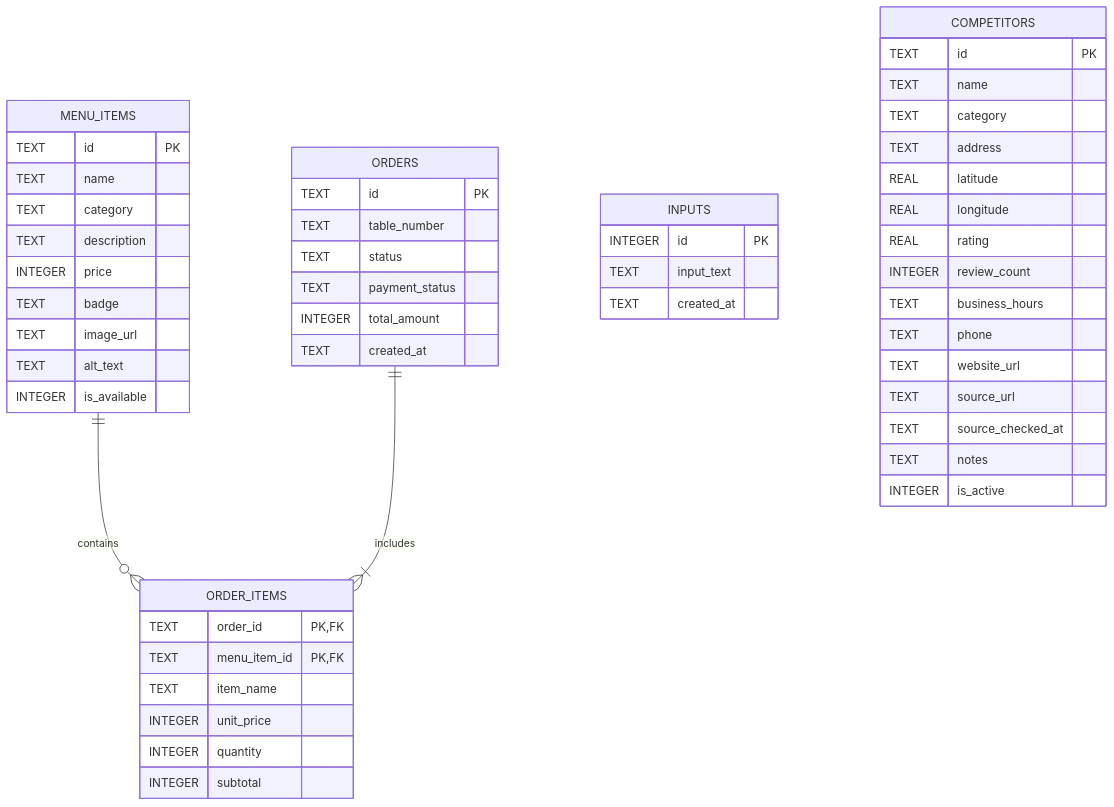
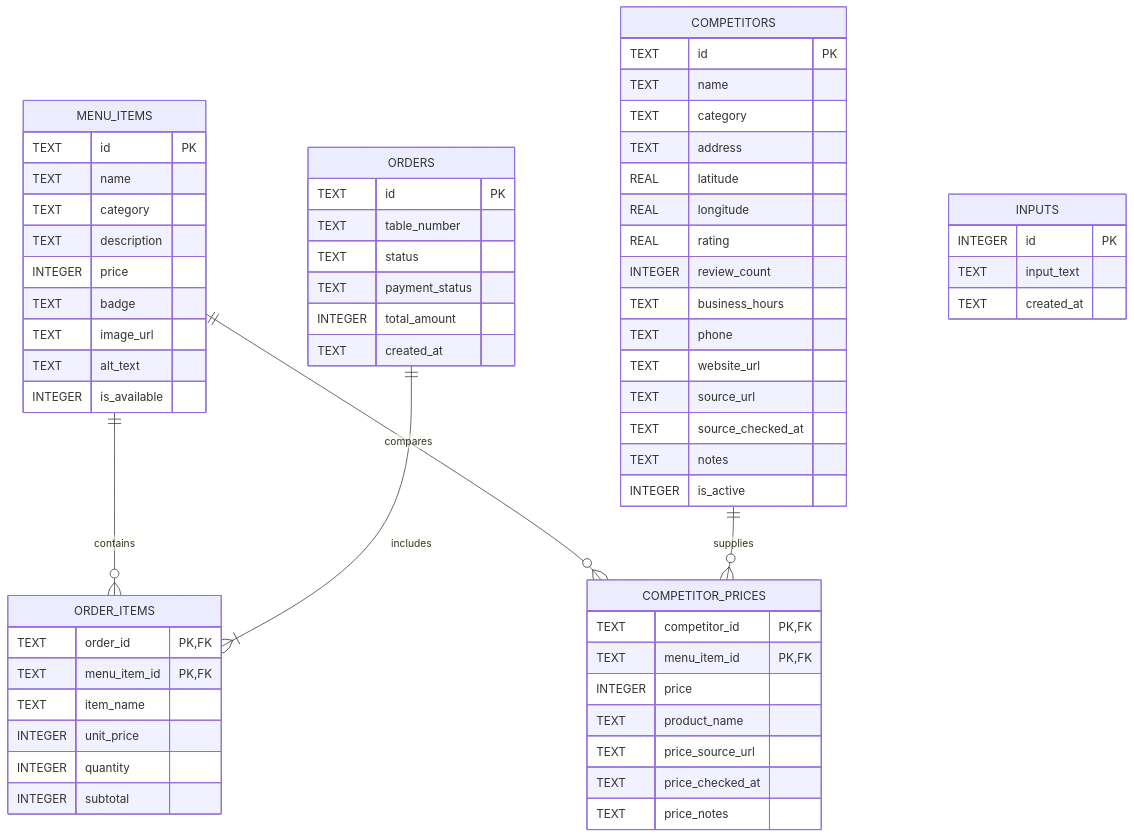
The diagram in spec/database-erd.mmd (final0618/POS2), drawn with Mermaid before and after one commit. The commit also changed 26 other files, not shown here.

```diff
--- a/spec/database-erd.mmd
+++ b/spec/database-erd.mmd
@@ -1,57 +1,68 @@
 erDiagram
     MENU_ITEMS ||--o{ ORDER_ITEMS : contains
     ORDERS ||--|{ ORDER_ITEMS : includes
+    MENU_ITEMS ||--o{ COMPETITOR_PRICES : compares
+    COMPETITORS ||--o{ COMPETITOR_PRICES : supplies
 
     MENU_ITEMS {
         TEXT id PK
         TEXT name
         TEXT category
         TEXT description
         INTEGER price
         TEXT badge
         TEXT image_url
         TEXT alt_text
         INTEGER is_available
     }
 
     ORDERS {
         TEXT id PK
         TEXT table_number
         TEXT status
         TEXT payment_status
         INTEGER total_amount
         TEXT created_at
     }
 
     ORDER_ITEMS {
         TEXT order_id PK, FK
         TEXT menu_item_id PK, FK
         TEXT item_name
         INTEGER unit_price
         INTEGER quantity
         INTEGER subtotal
     }
 
     INPUTS {
         INTEGER id PK
         TEXT input_text
         TEXT created_at
     }
 
     COMPETITORS {
         TEXT id PK
         TEXT name
         TEXT category
         TEXT address
         REAL latitude
         REAL longitude
         REAL rating
         INTEGER review_count
         TEXT business_hours
         TEXT phone
         TEXT website_url
         TEXT source_url
         TEXT source_checked_at
         TEXT notes
         INTEGER is_active
     }
+    COMPETITOR_PRICES {
+        TEXT competitor_id PK, FK
+        TEXT menu_item_id PK, FK
+        INTEGER price
+        TEXT product_name
+        TEXT price_source_url
+        TEXT price_checked_at
+        TEXT price_notes
+    }
```
